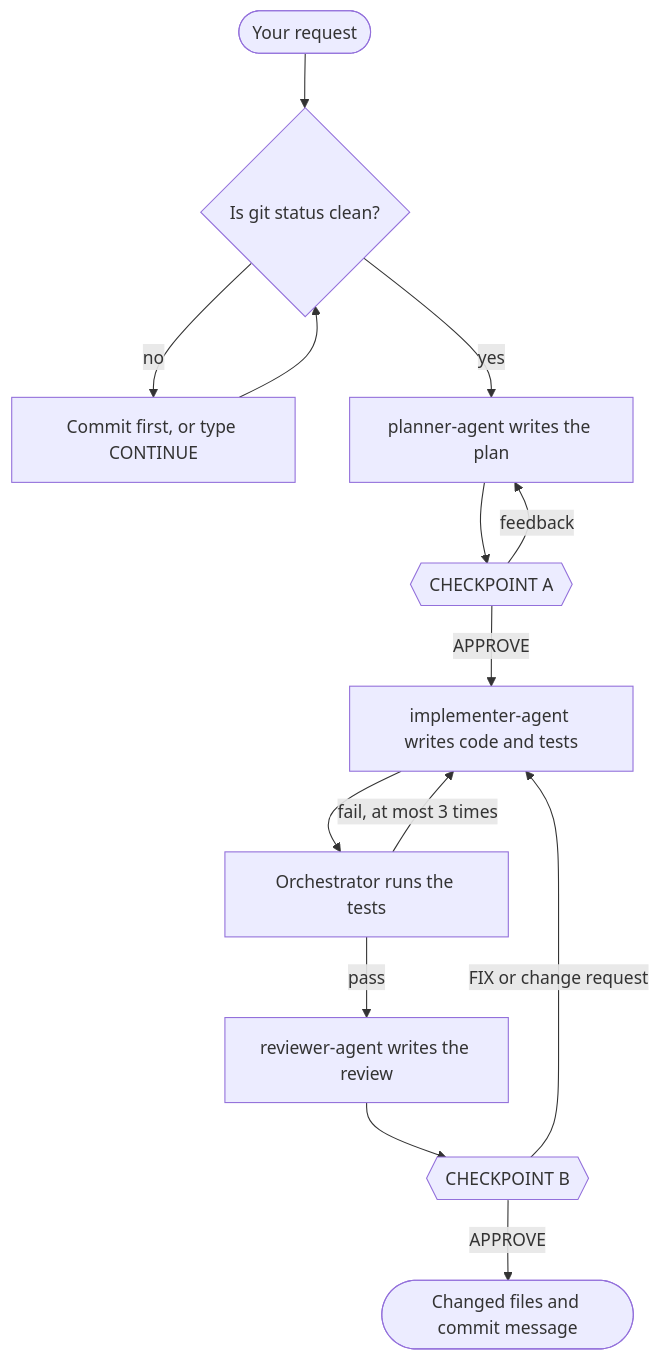
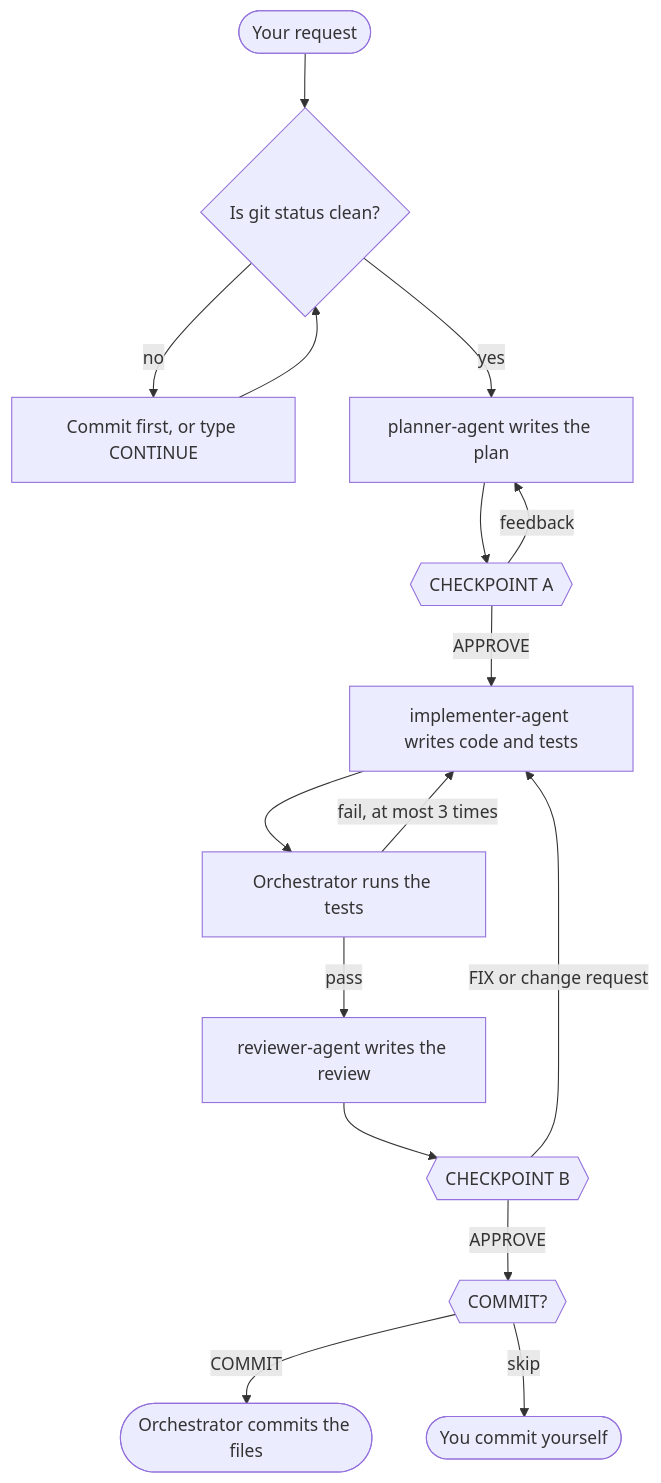
One commit to pohjus/claude-multi-agent-template changed the third of 5 diagrams in TUTORIAL.md. Above: the diagram before and after it, drawn with Mermaid. The commit also changed other lines of this file, not shown here.

Commit message:
docs(TUTORIAL.md): describe COMMIT step

````diff
--- a/TUTORIAL.md
+++ b/TUTORIAL.md
@@ -284,15 +291,17 @@
 ```mermaid
 flowchart TD
     start([Your request]) --> clean{Is git status clean?}
     clean -- no --> commit[Commit first, or type CONTINUE] --> clean
     clean -- yes --> plan[planner-agent writes the plan]
     plan --> A{{CHECKPOINT A}}
     A -- feedback --> plan
     A -- APPROVE --> impl[implementer-agent writes code and tests]
     impl --> run[Orchestrator runs the tests]
     run -- fail, at most 3 times --> impl
     run -- pass --> rev[reviewer-agent writes the review]
     rev --> B{{CHECKPOINT B}}
     B -- FIX or change request --> impl
-    B -- APPROVE --> done([Changed files and commit message])
+    B -- APPROVE --> commitq{{COMMIT?}}
+    commitq -- COMMIT --> done([Orchestrator commits the files])
+    commitq -- skip --> manual([You commit yourself])
 ```
````
